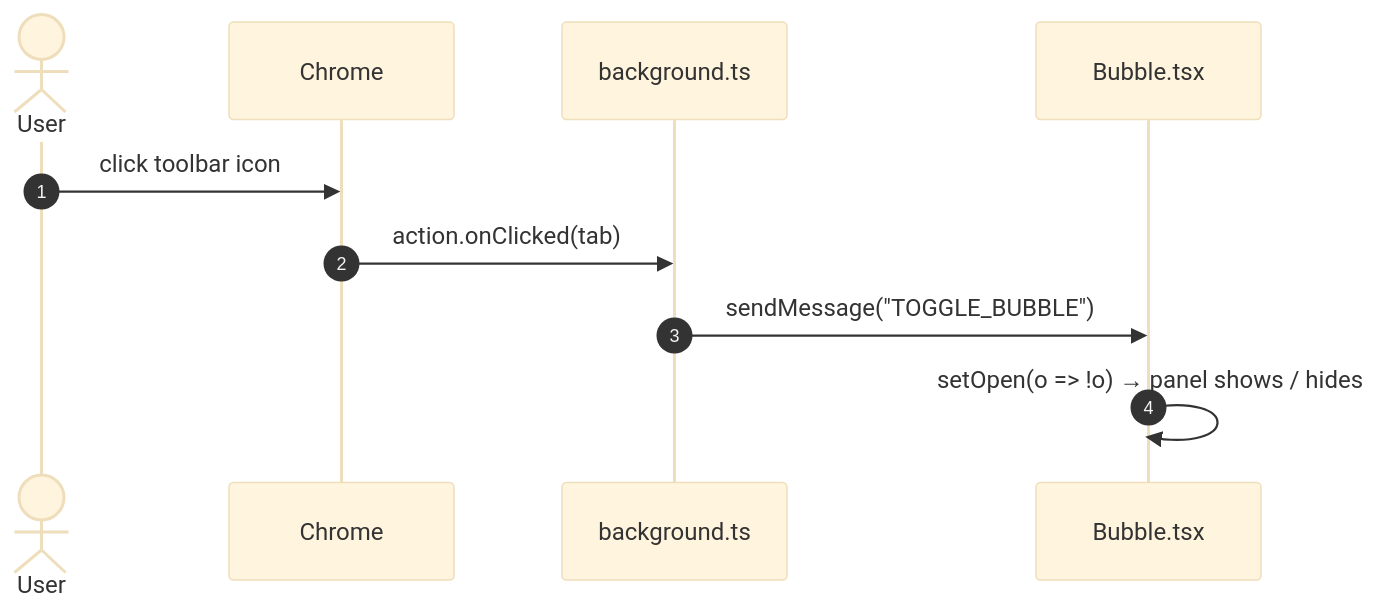
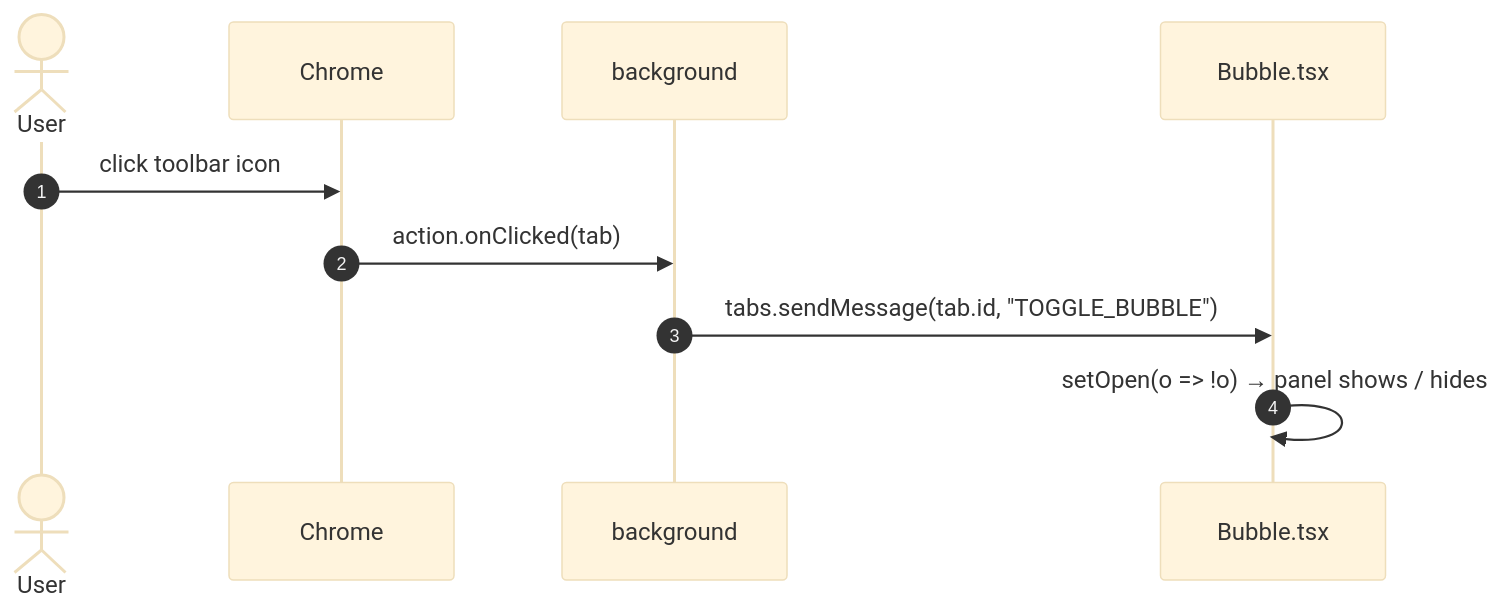
One commit to mralaminahamed/media-bulk-downloads changed the second of 2 diagrams in docs/guides/bubble.md. Above: the diagram before and after it, drawn with Mermaid (base theme). The commit also changed other lines of this file and 2 other files, not shown here.

First line of the commit message:
docs(guides): rewrite download-paths, bubble, deep-scan (verified vs code)

````diff
--- a/docs/guides/bubble.md
+++ b/docs/guides/bubble.md
@@ -41,13 +57,13 @@
 ```mermaid
 sequenceDiagram
   autonumber
   actor U as User
   participant CH as Chrome
-  participant SW as background.ts
+  participant SW as background
   participant B as Bubble.tsx
 
   U->>CH: click toolbar icon
   CH->>SW: action.onClicked(tab)
-  SW->>B: sendMessage("TOGGLE_BUBBLE")
+  SW->>B: tabs.sendMessage(tab.id, "TOGGLE_BUBBLE")
   B->>B: setOpen(o => !o)  → panel shows / hides
 ```
````
